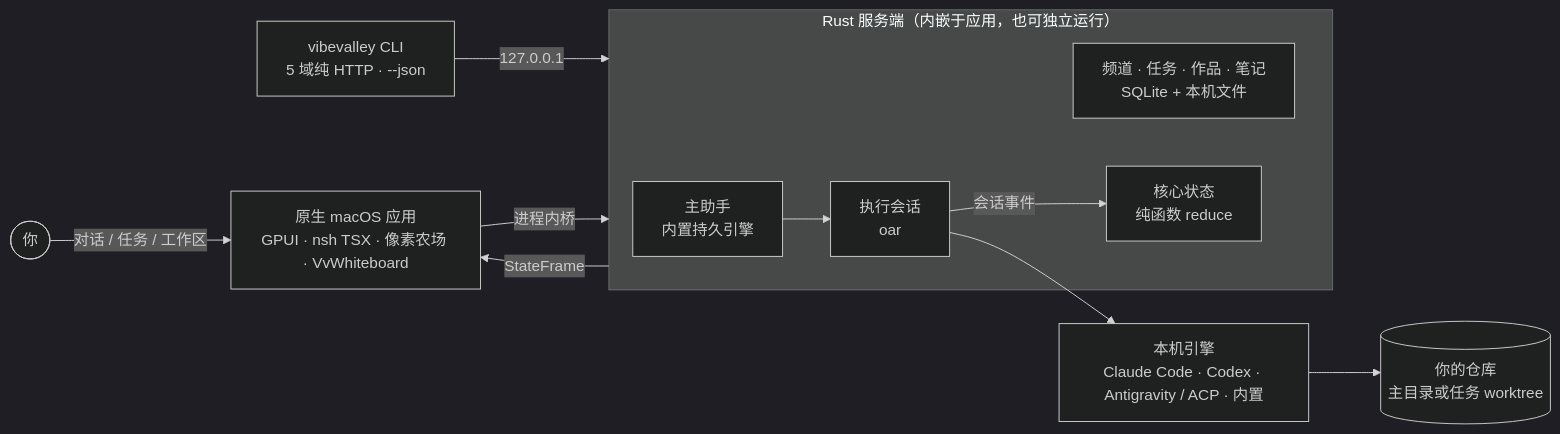
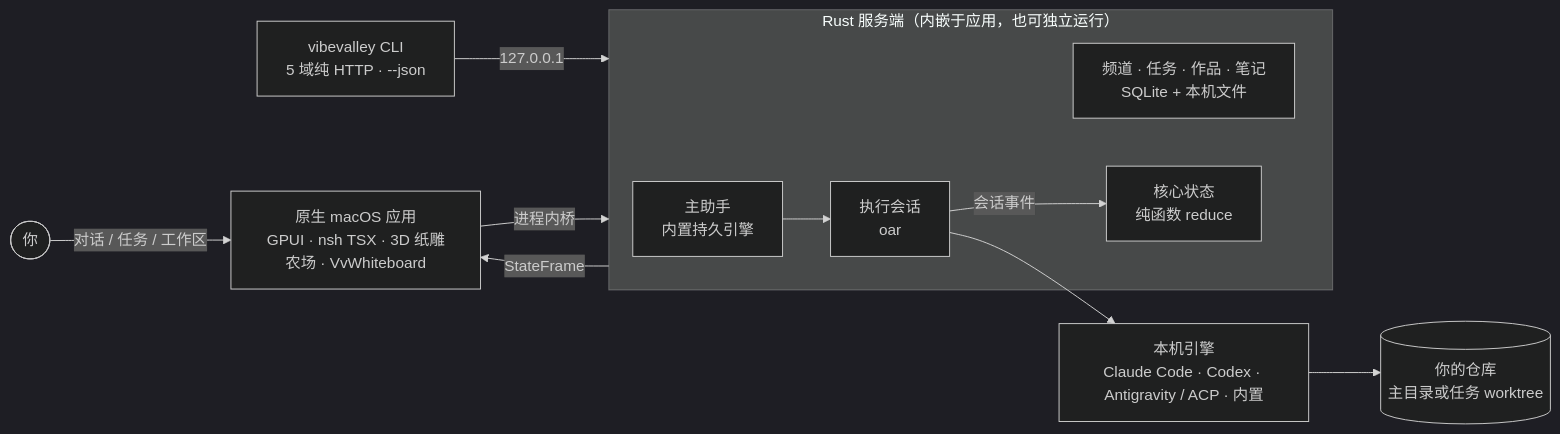
The diagram in README.md (vibevalleyhq/vibevalley), drawn with Mermaid (dark theme) before and after one commit. The commit also changed other lines of this file and 1767 other files, not shown here.

````diff
--- a/README.md
+++ b/README.md
@@ -26,17 +26,17 @@
 ```mermaid
 flowchart LR
-  you(["你"]) -- "对话 / 任务 / 工作区" --> app["原生 macOS 应用<br/>GPUI · nsh TSX · 像素农场 · VvWhiteboard"]
+  you(["你"]) -- "对话 / 任务 / 工作区" --> app["原生 macOS 应用<br/>GPUI · nsh TSX · 3D 纸雕农场 · VvWhiteboard"]
   cli["vibevalley CLI<br/>5 域纯 HTTP · --json"] -- "127.0.0.1" --> server
   app -- "进程内桥" --> server
   server -- "StateFrame" --> app
   subgraph server["Rust 服务端（内嵌于应用，也可独立运行）"]
     orch["主助手<br/>内置持久引擎"]
     store["频道 · 任务 · 作品 · 笔记<br/>SQLite + 本机文件"]
     core["核心状态<br/>纯函数 reduce"]
     sess["执行会话<br/>oar"]
   end
   orch --> sess
   sess -- "会话事件" --> core
   sess --> engines["本机引擎<br/>Claude Code · Codex · Antigravity / ACP · 内置"]
   engines --> repos[("你的仓库<br/>主目录或任务 worktree")]
 ```
````
